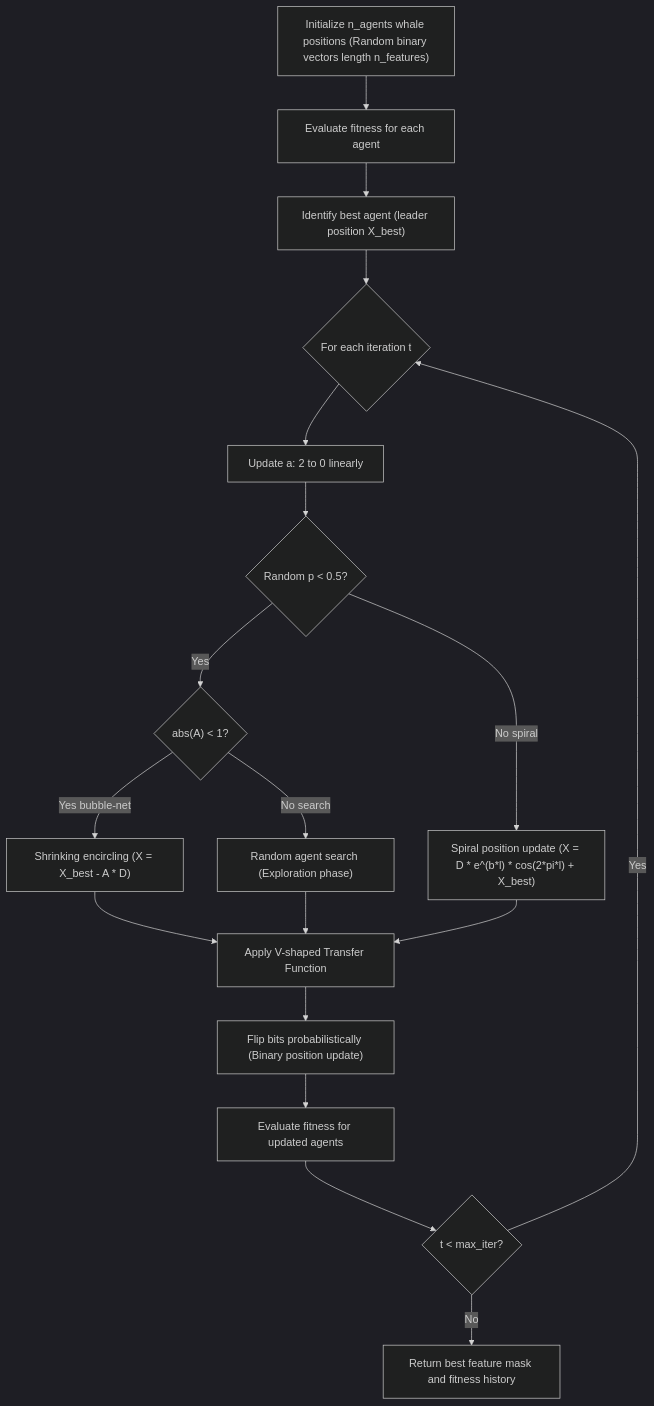
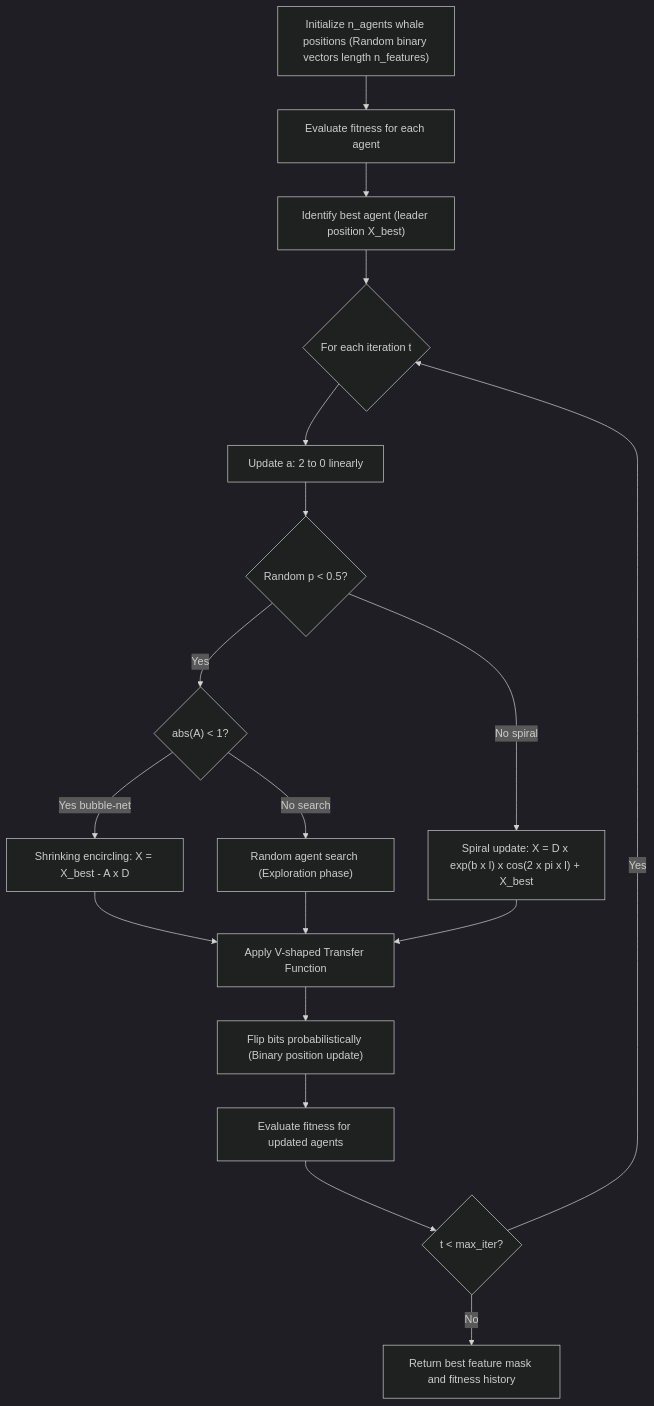
One commit to mhiskall282/unesco-project changed the fourth of 4 diagrams in README.md. Above: the diagram before and after it, drawn with Mermaid (dark theme). The commit also changed other lines of this file and 5 other files, not shown here.

````diff
--- a/README.md
+++ b/README.md
@@ -197,20 +202,20 @@
 ```mermaid
 flowchart TD
     A["Initialize n_agents whale positions (Random binary vectors length n_features)"] --> B["Evaluate fitness for each agent"]
     B --> C["Identify best agent (leader position X_best)"]
     C --> D{"For each iteration t"}
     D --> E["Update a: 2 to 0 linearly"]
     E --> F{"Random p &lt; 0.5?"}
     F -->|Yes| G{"abs(A) &lt; 1?"}
-    G -->|Yes bubble-net| H["Shrinking encircling (X = X_best - A * D)"]
+    G -->|Yes bubble-net| H["Shrinking encircling: X = X_best - A x D"]
     G -->|No search| I["Random agent search (Exploration phase)"]
-    F -->|No spiral| J["Spiral position update (X = D * e^(b*l) * cos(2*pi*l) + X_best)"]
+    F -->|No spiral| J["Spiral update: X = D x exp(b x l) x cos(2 x pi x l) + X_best"]
     H --> K["Apply V-shaped Transfer Function"]
     I --> K
     J --> K
     K --> L["Flip bits probabilistically (Binary position update)"]
     L --> M["Evaluate fitness for updated agents"]
     M --> N{"t &lt; max_iter?"}
     N -->|Yes| D
     N -->|No| O["Return best feature mask and fitness history"]
 ```
````
